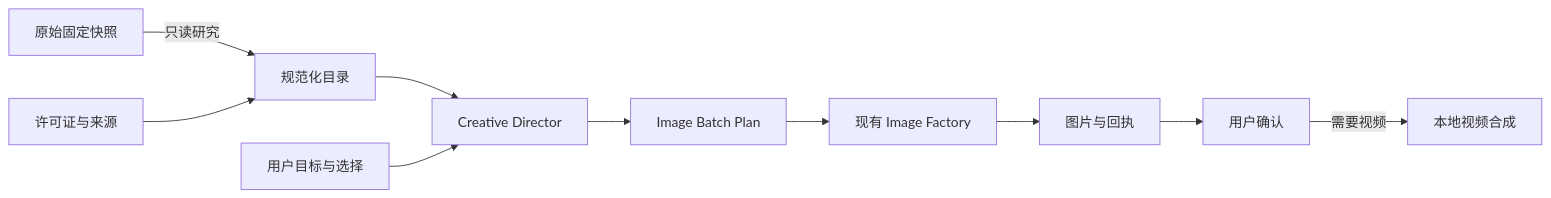
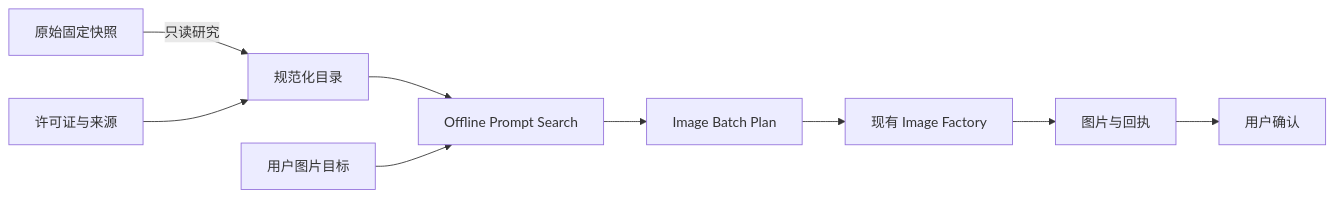
The diagram in docs/upstream-skill-capability-analysis.md (full-aigc-plugins/image-factory-plugin), drawn with Mermaid before and after one commit. The commit also changed other lines of this file and 33 other files, not shown here.

````diff
--- a/docs/upstream-skill-capability-analysis.md
+++ b/docs/upstream-skill-capability-analysis.md
@@ -83,12 +80,11 @@
 ```mermaid
 flowchart LR
   R[原始固定快照] -->|只读研究| N[规范化目录]
   L[许可证与来源] --> N
-  N --> D[Creative Director]
-  I[用户目标与选择] --> D
-  D --> P[Image Batch Plan]
+  N --> Q[Offline Prompt Search]
+  I[用户图片目标] --> Q
+  Q --> P[Image Batch Plan]
   P --> F[现有 Image Factory]
   F --> V[图片与回执]
   V --> H[用户确认]
-  H -->|需要视频| M[本地视频合成]
 ```
````
